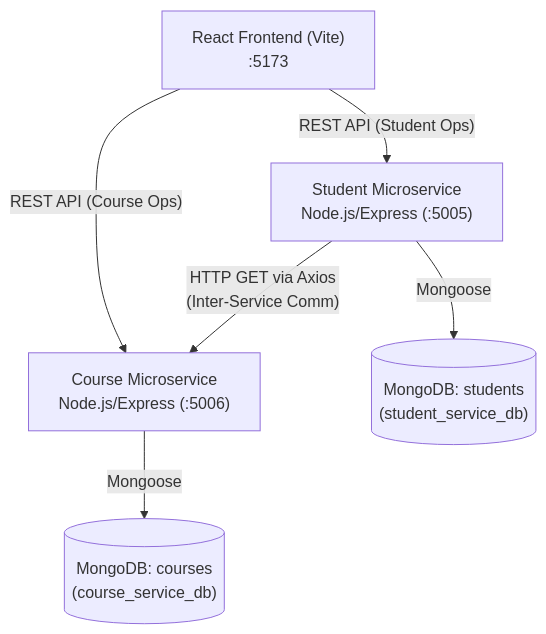
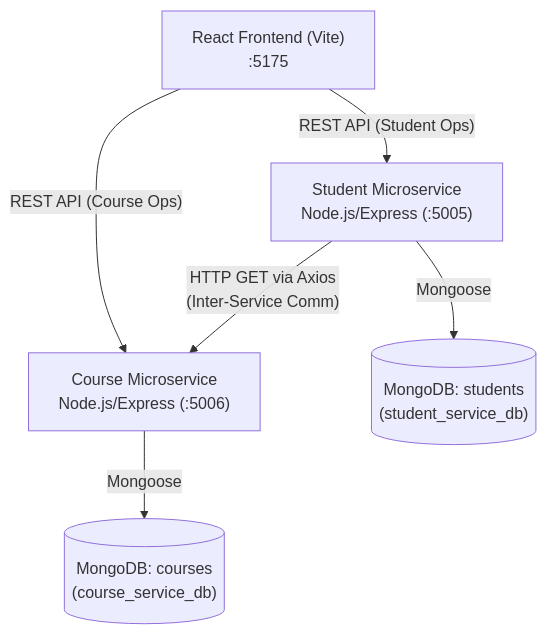
Before and after one commit to DeepthiKeshavaraj/Student-Course-Management: the diagram in README.md, drawn with Mermaid. The commit also changed other lines of this file and 7 other files, not shown here.

````diff
--- a/README.md
+++ b/README.md
@@ -38,9 +38,9 @@
 ```mermaid
 graph TD
-    Client["React Frontend (Vite) <br/> :5173"]
+    Client["React Frontend (Vite) <br/> :5175"]
     Client -->|"REST API (Student Ops)"| StudentService["Student Microservice <br/> Node.js/Express (:5005)"]
     Client -->|"REST API (Course Ops)"| CourseService["Course Microservice <br/> Node.js/Express (:5006)"]
     StudentService -->|"HTTP GET via Axios <br/> (Inter-Service Comm)"| CourseService
     StudentService -->|"Mongoose"| StudentDB[("MongoDB: students <br/> (student_service_db)")]
     CourseService -->|"Mongoose"| CourseDB[("MongoDB: courses <br/> (course_service_db)")]
 ```
````
